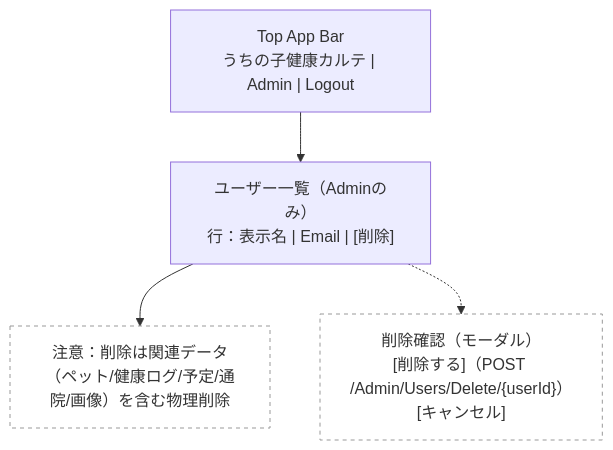
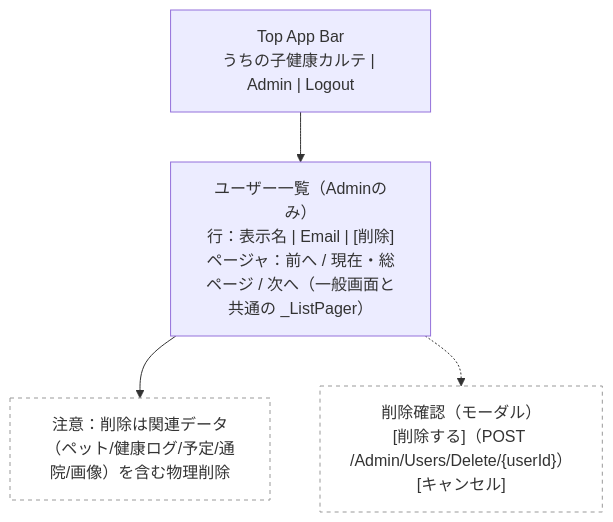
One commit to Cat5Dog2/PetHealthManagement changed diagram 24 of 24 in docs/ui-wireframe.md. Above: the diagram before and after it, drawn with Mermaid. The commit also changed other lines of this file and 38 other files, not shown here.

````diff
--- a/docs/ui-wireframe.md
+++ b/docs/ui-wireframe.md
@@ -399,12 +401,12 @@
 ```mermaid
 flowchart TB
   Header["Top App Bar<br/>うちの子健康カルテ | Admin | Logout"]
-  List["ユーザー一覧（Adminのみ）<br/>行：表示名 | Email | [削除]"]
+  List["ユーザー一覧（Adminのみ）<br/>行：表示名 | Email | [削除]<br/>ページャ：前へ / 現在・総ページ / 次へ（一般画面と共通の _ListPager）"]
   DeleteConfirm["削除確認（モーダル）<br/>[削除する]（POST /Admin/Users/Delete/{userId}）<br/>[キャンセル]"]:::note
   Danger["注意：削除は関連データ（ペット/健康ログ/予定/通院/画像）を含む物理削除"]:::note
 
   Header --> List --> Danger
   List -.-> DeleteConfirm
 
   classDef note fill:#fff,stroke:#999,stroke-dasharray: 4 4,color:#333;
 ```
````
